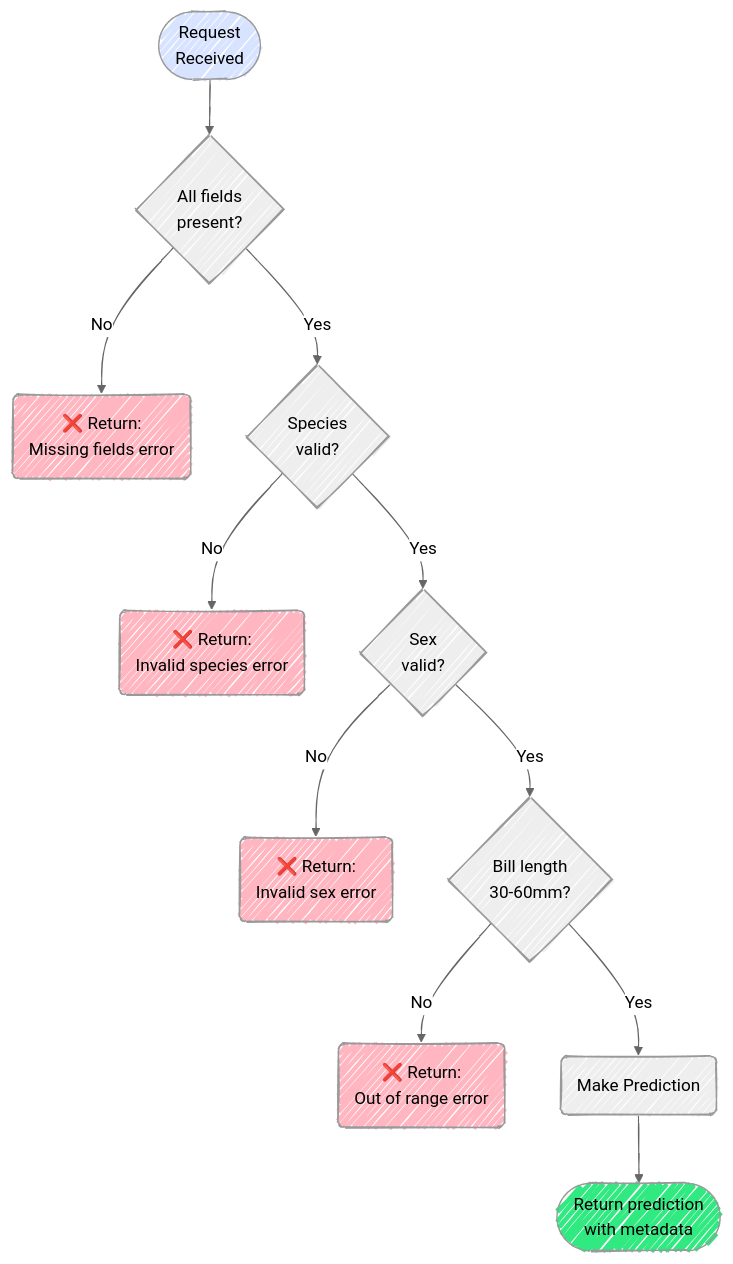
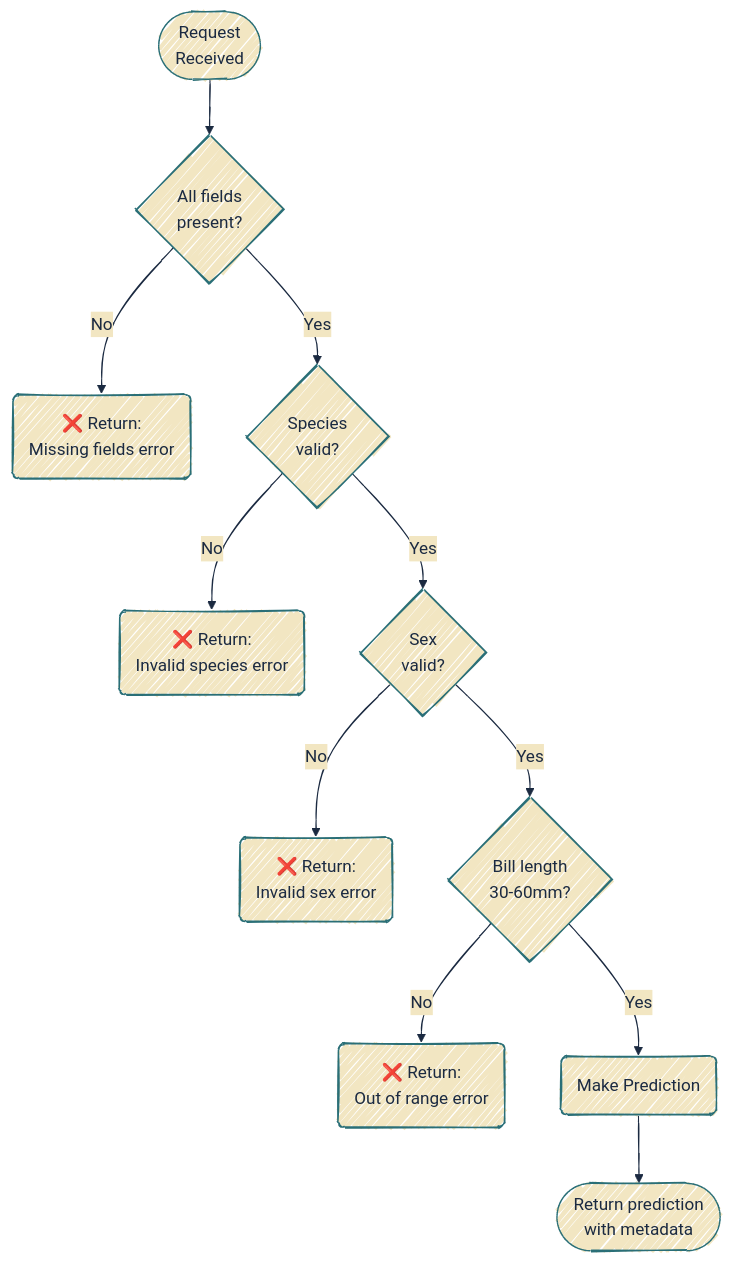
Before and after one commit to mjfrigaard/do4ds-labs: the fifth of 7 diagrams in plumber.qmd, drawn with Mermaid. The commit also changed other lines of this file and 88 other files, not shown here.

````diff
--- a/plumber.qmd
+++ b/plumber.qmd
@@ -1041,33 +1033,27 @@
 ```{mermaid}
 %%| fig-width: 7.0
 %%| fig-align: center
-%%{init: {'theme': 'neutral', 'look': 'handDrawn', 'themeVariables': { 'fontFamily': 'monospace'}}}%%
+%%{init: {'theme': 'base', 'look': 'handDrawn', 'themeVariables': { 'fontFamily': 'monospace', 'primaryColor': '#F2E6C2', 'primaryBorderColor': '#2A6F77', 'primaryTextColor': '#1B2A41', 'secondaryColor': '#d4e7e4', 'tertiaryColor': '#f5f0e4', 'lineColor': '#1B2A41', 'edgeLabelBackground': '#F2E6C2'}}}%%
 
 graph TD
     Start(["Request<br>Received"])
     
     Start --> Check1{All fields<br/>present?}
     Check1 -->|No| Error1("❌ Return:<br/>Missing fields error")
     Check1 -->|Yes| Check2{Species<br/>valid?}
     
     Check2 -->|No| Error2("❌ Return:<br/>Invalid species error")
     Check2 -->|Yes| Check3{Sex<br/>valid?}
     
     Check3 -->|No| Error3("❌ Return:<br/>Invalid sex error")
     Check3 -->|Yes| Check4{Bill length<br/>30-60mm?}
     
     Check4 -->|No| Error4("❌ Return:<br/>Out of range error")
     Check4 -->|Yes| Predict("Make Prediction")
     
     Predict --> Success(["Return prediction<br/>with metadata"])
     
-    style Start fill:#d8e4ff 
     
-    style Error1 fill:#FFB6C1
-    style Error2 fill:#FFB6C1
-    style Error3 fill:#FFB6C1
-    style Error4 fill:#FFB6C1
     
-    style Success fill:#31e981
     
 ```
````
